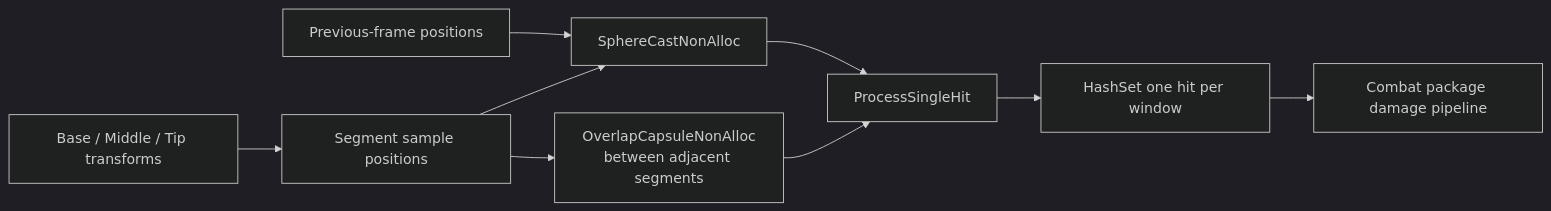
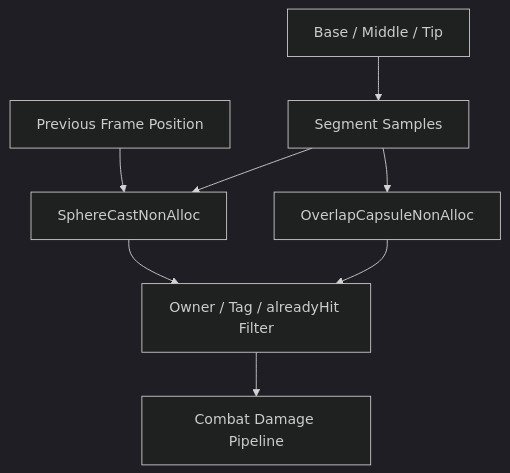
One commit to myWworld/Unity-Gameplay-Code-Samples changed the fifth of 5 diagrams in docs/ARCHITECTURE.md. Above: the diagram before and after it, drawn with Mermaid (dark theme). The commit also changed other lines of this file and 12 other files, not shown here.

````diff
--- a/docs/ARCHITECTURE.md
+++ b/docs/ARCHITECTURE.md
@@ -121,11 +167,10 @@
 ```mermaid
-flowchart LR
-    BonePose[Base / Middle / Tip transforms] --> Samples[Segment sample positions]
-    Prev[Previous-frame positions] --> Temporal[SphereCastNonAlloc]
+flowchart TD
+    Transforms["Base / Middle / Tip"] --> Samples["Segment Samples"]
+    Previous["Previous Frame Position"] --> Temporal["SphereCastNonAlloc"]
     Samples --> Temporal
-    Samples --> Spatial[OverlapCapsuleNonAlloc<br/>between adjacent segments]
-    Temporal --> Resolve[ProcessSingleHit]
-    Spatial --> Resolve
-    Resolve --> Dedup[HashSet one hit per window]
-    Dedup --> Damage[Combat package damage pipeline]
+    Samples --> Spatial["OverlapCapsuleNonAlloc"]
+    Temporal --> Filter["Owner / Tag / alreadyHit Filter"]
+    Spatial --> Filter
+    Filter --> Damage["Combat Damage Pipeline"]
 ```
````
